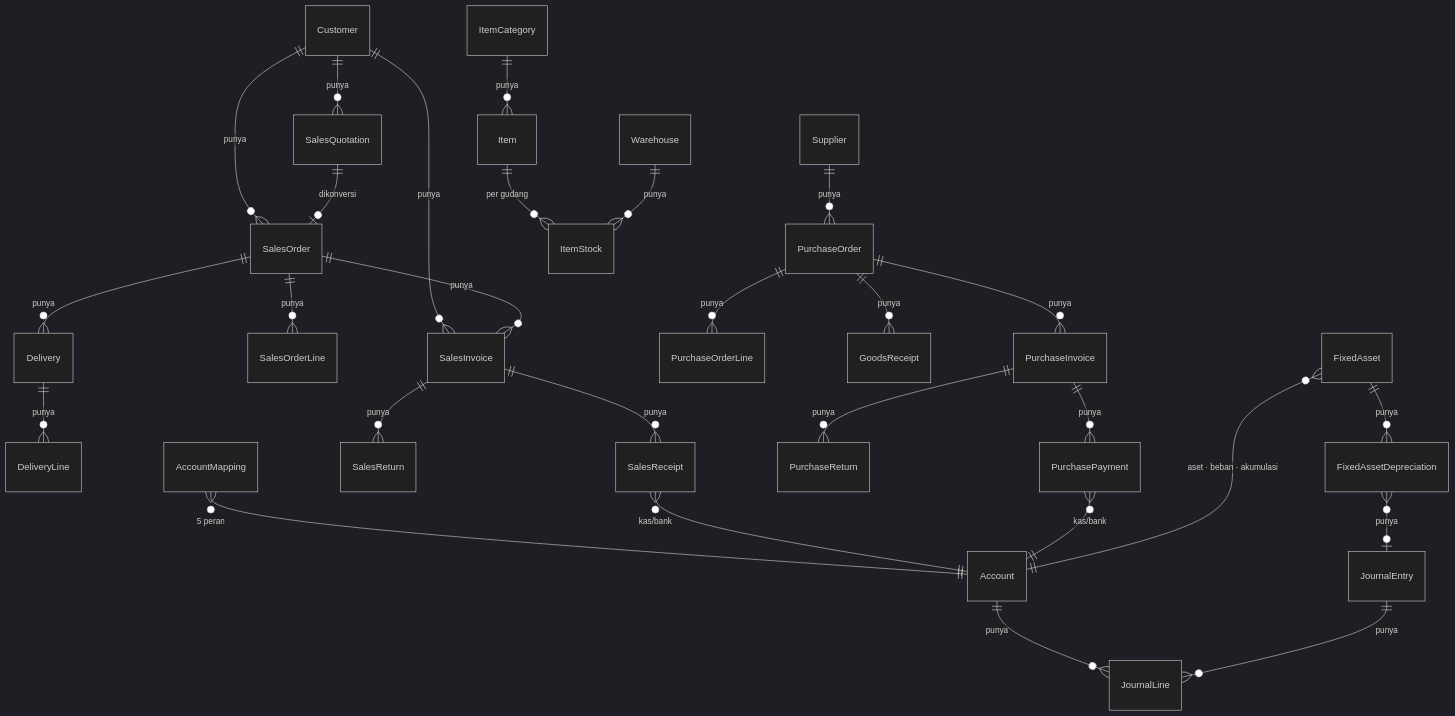
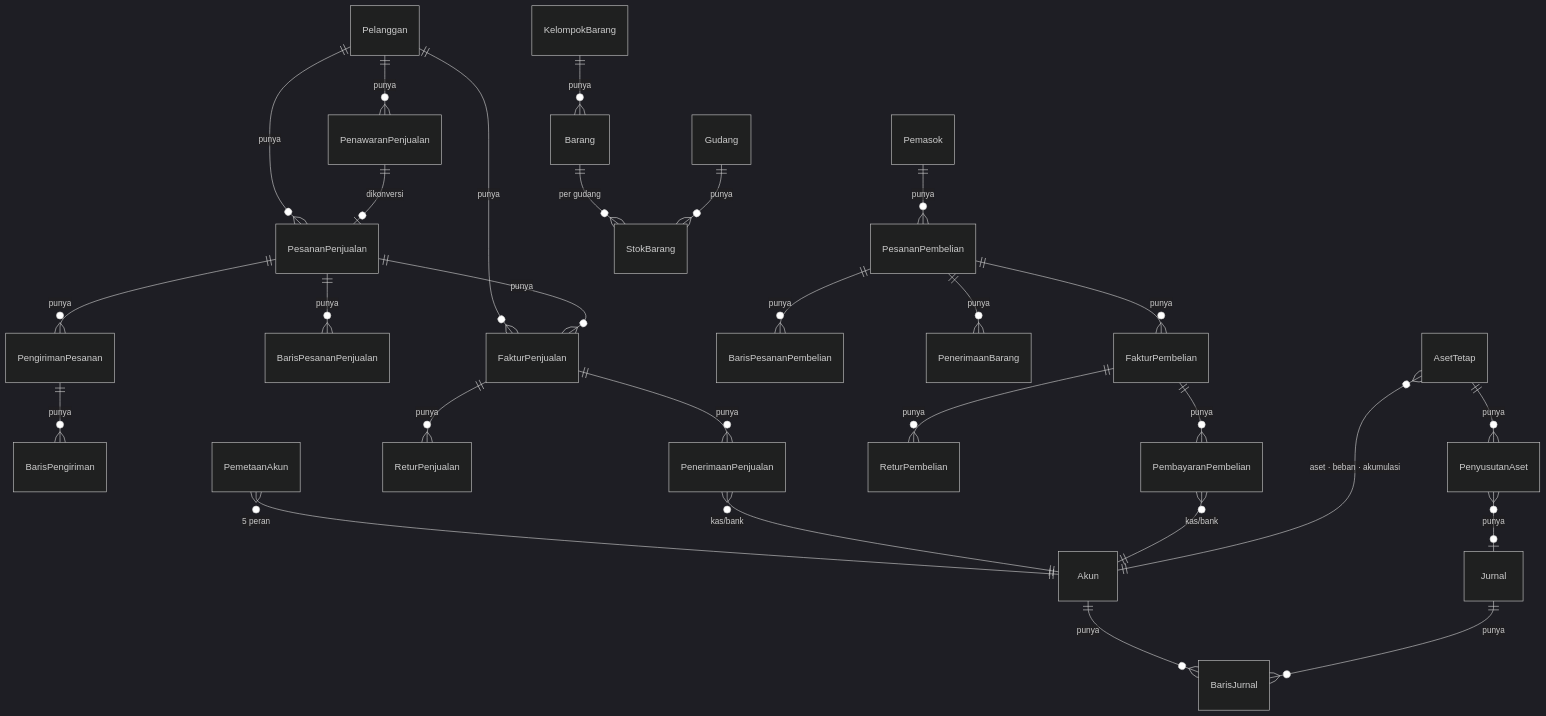
The second of 6 diagrams in ARCHITECTURE.md (dreinst/accuratecopy), drawn with Mermaid (dark theme) before and after one commit. The commit also changed other lines of this file and 194 other files, not shown here.

````diff
--- a/ARCHITECTURE.md
+++ b/ARCHITECTURE.md
@@ -99,34 +99,34 @@
 ```mermaid
 erDiagram
-    Customer ||--o{ SalesQuotation : punya
-    Customer ||--o{ SalesOrder : punya
-    Customer ||--o{ SalesInvoice : punya
-    SalesQuotation ||--o| SalesOrder : "dikonversi"
-    SalesOrder ||--o{ SalesOrderLine : punya
-    SalesOrder ||--o{ Delivery : punya
-    SalesOrder ||--o{ SalesInvoice : punya
-    Delivery ||--o{ DeliveryLine : punya
-    SalesInvoice ||--o{ SalesReceipt : punya
-    SalesInvoice ||--o{ SalesReturn : punya
+    Pelanggan ||--o{ PenawaranPenjualan : punya
+    Pelanggan ||--o{ PesananPenjualan : punya
+    Pelanggan ||--o{ FakturPenjualan : punya
+    PenawaranPenjualan ||--o| PesananPenjualan : "dikonversi"
+    PesananPenjualan ||--o{ BarisPesananPenjualan : punya
+    PesananPenjualan ||--o{ PengirimanPesanan : punya
+    PesananPenjualan ||--o{ FakturPenjualan : punya
+    PengirimanPesanan ||--o{ BarisPengiriman : punya
+    FakturPenjualan ||--o{ PenerimaanPenjualan : punya
+    FakturPenjualan ||--o{ ReturPenjualan : punya
 
-    Supplier ||--o{ PurchaseOrder : punya
-    PurchaseOrder ||--o{ PurchaseOrderLine : punya
-    PurchaseOrder ||--o{ GoodsReceipt : punya
-    PurchaseOrder ||--o{ PurchaseInvoice : punya
-    PurchaseInvoice ||--o{ PurchasePayment : punya
-    PurchaseInvoice ||--o{ PurchaseReturn : punya
+    Pemasok ||--o{ PesananPembelian : punya
+    PesananPembelian ||--o{ BarisPesananPembelian : punya
+    PesananPembelian ||--o{ PenerimaanBarang : punya
+    PesananPembelian ||--o{ FakturPembelian : punya
+    FakturPembelian ||--o{ PembayaranPembelian : punya
+    FakturPembelian ||--o{ ReturPembelian : punya
 
-    Item ||--o{ ItemStock : "per gudang"
-    Warehouse ||--o{ ItemStock : punya
-    ItemCategory ||--o{ Item : punya
+    Barang ||--o{ StokBarang : "per gudang"
+    Gudang ||--o{ StokBarang : punya
+    KelompokBarang ||--o{ Barang : punya
 
-    Account ||--o{ JournalLine : punya
-    JournalEntry ||--o{ JournalLine : punya
-    AccountMapping }o--|| Account : "5 peran"
-    SalesReceipt }o--|| Account : "kas/bank"
-    PurchasePayment }o--|| Account : "kas/bank"
+    Akun ||--o{ BarisJurnal : punya
+    Jurnal ||--o{ BarisJurnal : punya
+    PemetaanAkun }o--|| Akun : "5 peran"
+    PenerimaanPenjualan }o--|| Akun : "kas/bank"
+    PembayaranPembelian }o--|| Akun : "kas/bank"
 
-    FixedAsset ||--o{ FixedAssetDepreciation : punya
-    FixedAsset }o--|| Account : "aset · beban · akumulasi"
-    FixedAssetDepreciation }o--o| JournalEntry : punya
+    AsetTetap ||--o{ PenyusutanAset : punya
+    AsetTetap }o--|| Akun : "aset · beban · akumulasi"
+    PenyusutanAset }o--o| Jurnal : punya
 ```
````
